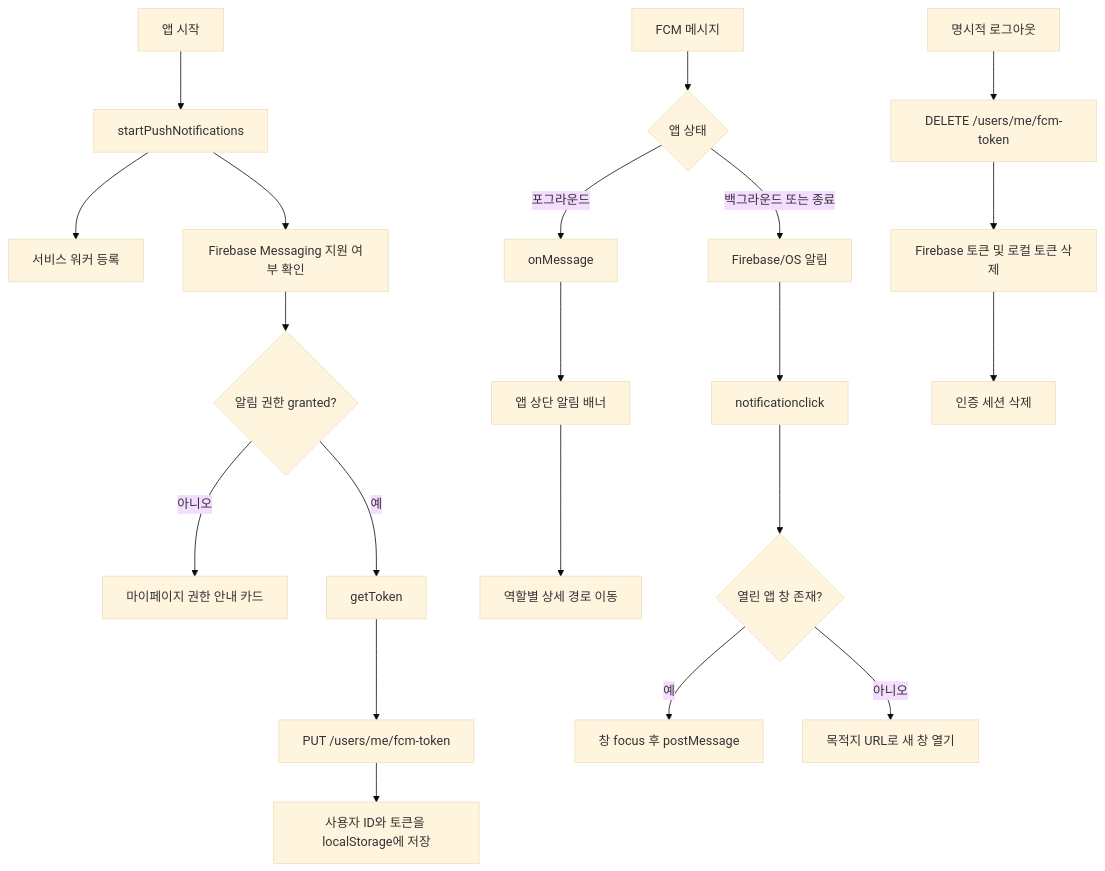
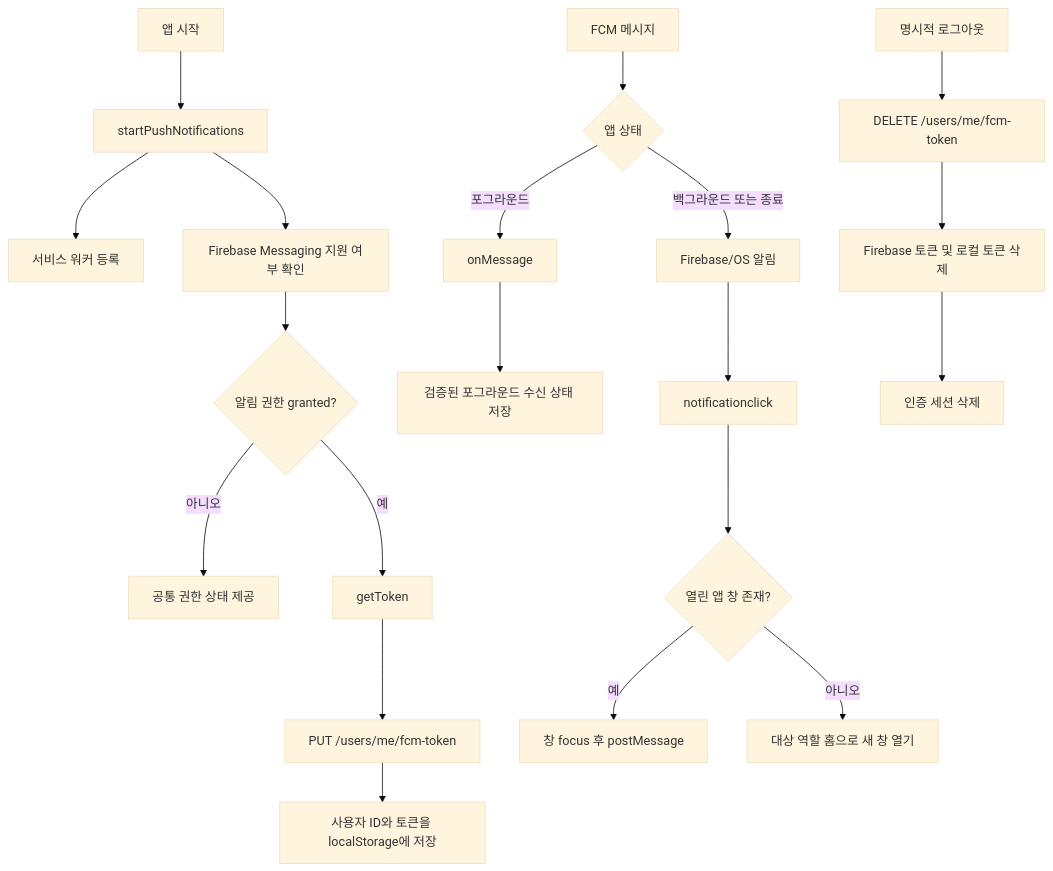
The diagram in fe/apps/web/docs/fcm-push-notification-handoff.md (7th-It-s-your-life-PJT-24-4/PAY-WITH), drawn with Mermaid (base theme) before and after one commit. The commit also changed other lines of this file and 11 other files, not shown here.

````diff
--- a/fe/apps/web/docs/fcm-push-notification-handoff.md
+++ b/fe/apps/web/docs/fcm-push-notification-handoff.md
@@ -33,25 +33,24 @@
 ```mermaid
 flowchart TD
     A[앱 시작] --> B[startPushNotifications]
     B --> C[서비스 워커 등록]
     B --> D[Firebase Messaging 지원 여부 확인]
     D --> E{알림 권한 granted?}
-    E -- 아니오 --> F[마이페이지 권한 안내 카드]
+    E -- 아니오 --> F[공통 권한 상태 제공]
     E -- 예 --> G[getToken]
     G --> H[PUT /users/me/fcm-token]
     H --> I[사용자 ID와 토큰을 localStorage에 저장]
 
     J[FCM 메시지] --> K{앱 상태}
     K -- 포그라운드 --> L[onMessage]
-    L --> M[앱 상단 알림 배너]
-    M --> N[역할별 상세 경로 이동]
+    L --> M[검증된 포그라운드 수신 상태 저장]
     K -- 백그라운드 또는 종료 --> O[Firebase/OS 알림]
     O --> P[notificationclick]
     P --> Q{열린 앱 창 존재?}
     Q -- 예 --> R[창 focus 후 postMessage]
-    Q -- 아니오 --> S[목적지 URL로 새 창 열기]
+    Q -- 아니오 --> S[대상 역할 홈으로 새 창 열기]
 
     T[명시적 로그아웃] --> U[DELETE /users/me/fcm-token]
     U --> V[Firebase 토큰 및 로컬 토큰 삭제]
     V --> W[인증 세션 삭제]
 ```
````
